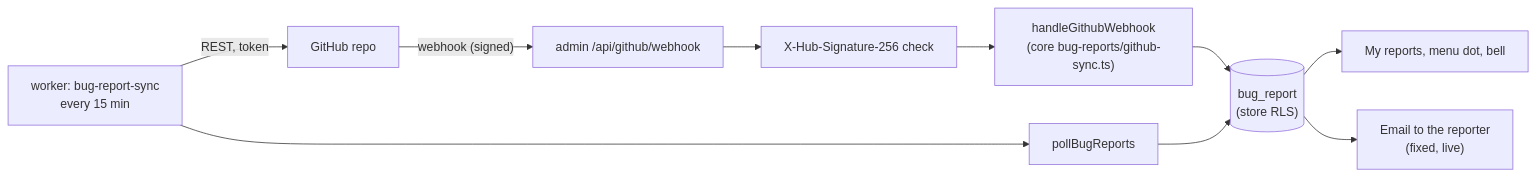
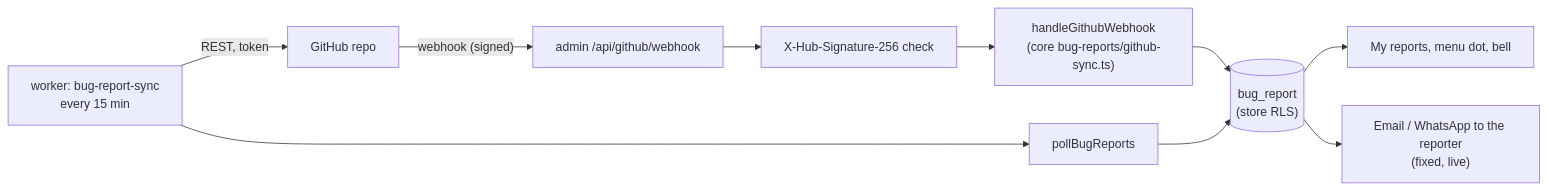
One commit to Viora-Tech/e-commerce changed the second of 2 diagrams in apps/docs/content/developer-docs/operations/bug-reports.mdx. Above: the diagram before and after it, drawn with Mermaid. The commit also changed other lines of this file and 12 other files, not shown here.

Commit message:
feat(bug-reports): WhatsApp for bug report news through the store's channel

````diff
--- a/apps/docs/content/developer-docs/operations/bug-reports.mdx
+++ b/apps/docs/content/developer-docs/operations/bug-reports.mdx
@@ -118,12 +118,12 @@
 ```mermaid
 flowchart LR
   gh["GitHub repo"] -- "webhook (signed)" --> route["admin /api/github/webhook"]
   route --> verify["X-Hub-Signature-256 check"]
   verify --> apply["handleGithubWebhook<br/>(core bug-reports/github-sync.ts)"]
   poll["worker: bug-report-sync<br/>every 15 min"] -- "REST, token" --> gh
   poll --> apply2["pollBugReports"]
   apply --> db[("bug_report<br/>(store RLS)")]
   apply2 --> db
   db --> page["My reports, menu dot, bell"]
-  db --> mail["Email to the reporter<br/>(fixed, live)"]
+  db --> mail["Email / WhatsApp to the reporter<br/>(fixed, live)"]
 ```
````
